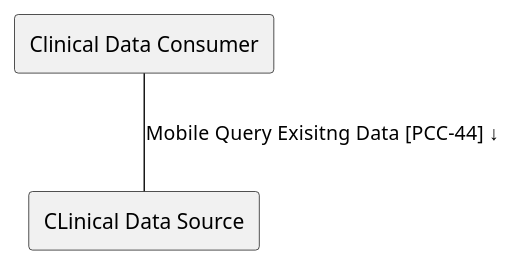
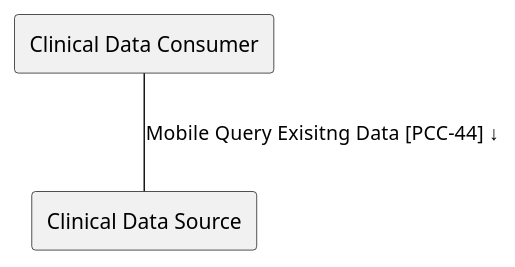
The diagram in input/images-source/ActorsAndTransactions.plantuml (IHE/PCC.QEDm), drawn with PlantUML before and after one commit.

```diff
--- a/input/images-source/ActorsAndTransactions.plantuml
+++ b/input/images-source/ActorsAndTransactions.plantuml
@@ -1,5 +1,5 @@
 @startuml
 agent "Clinical Data Consumer" as Client
-agent "CLinical Data Source" as Server
+agent "Clinical Data Source" as Server
 Client -- Server : "Mobile Query Exisitng Data [PCC-44] ↓"
 @enduml
```
